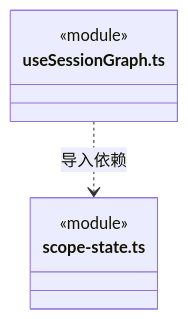
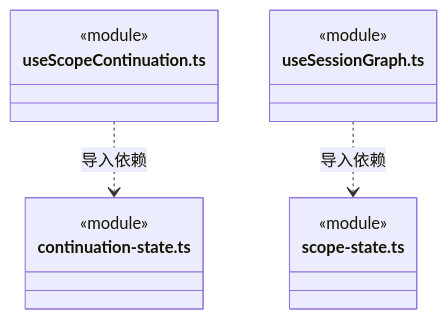
One commit to nan023062/cbim changed diagram 44 of 45 in src/frontend/tasks/ARCHITECTURE.md. Above: the diagram before and after it, drawn with Mermaid. The commit also changed other lines of this file and 55 other files, not shown here.

````diff
--- a/src/frontend/tasks/ARCHITECTURE.md
+++ b/src/frontend/tasks/ARCHITECTURE.md
@@ -765,10 +899,17 @@
 ```mermaid
 classDiagram
+class N_src_frontend_tasks_useScopeContinuation_ts["useScopeContinuation.ts"] {
+  <<module>>
+}
+class N_src_frontend_tasks_continuation_state_ts["continuation-state.ts"] {
+  <<module>>
+}
 class N_src_frontend_tasks_useSessionGraph_ts["useSessionGraph.ts"] {
   <<module>>
 }
 class N_src_frontend_tasks_scope_state_ts["scope-state.ts"] {
   <<module>>
 }
+N_src_frontend_tasks_useScopeContinuation_ts ..> N_src_frontend_tasks_continuation_state_ts : 导入依赖
 N_src_frontend_tasks_useSessionGraph_ts ..> N_src_frontend_tasks_scope_state_ts : 导入依赖
 ```
````
